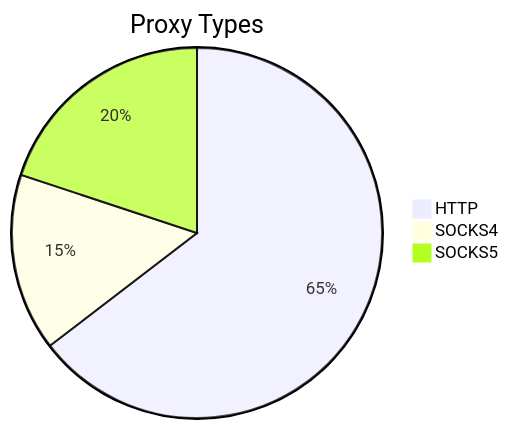
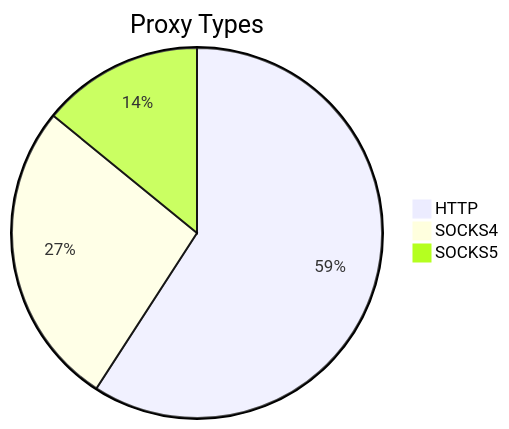
One commit to stormsia/proxy-list changed the first of 2 diagrams in README.md. Above: the diagram before and after it, drawn with Mermaid. The commit also changed other lines of this file, not shown here.

````diff
--- a/README.md
+++ b/README.md
@@ -21,6 +21,6 @@
 ```mermaid
 pie title Proxy Types
-    "HTTP" : 321
-    "SOCKS4" : 77
-    "SOCKS5" : 99
+    "HTTP" : 453
+    "SOCKS4" : 205
+    "SOCKS5" : 108
 ```
````
